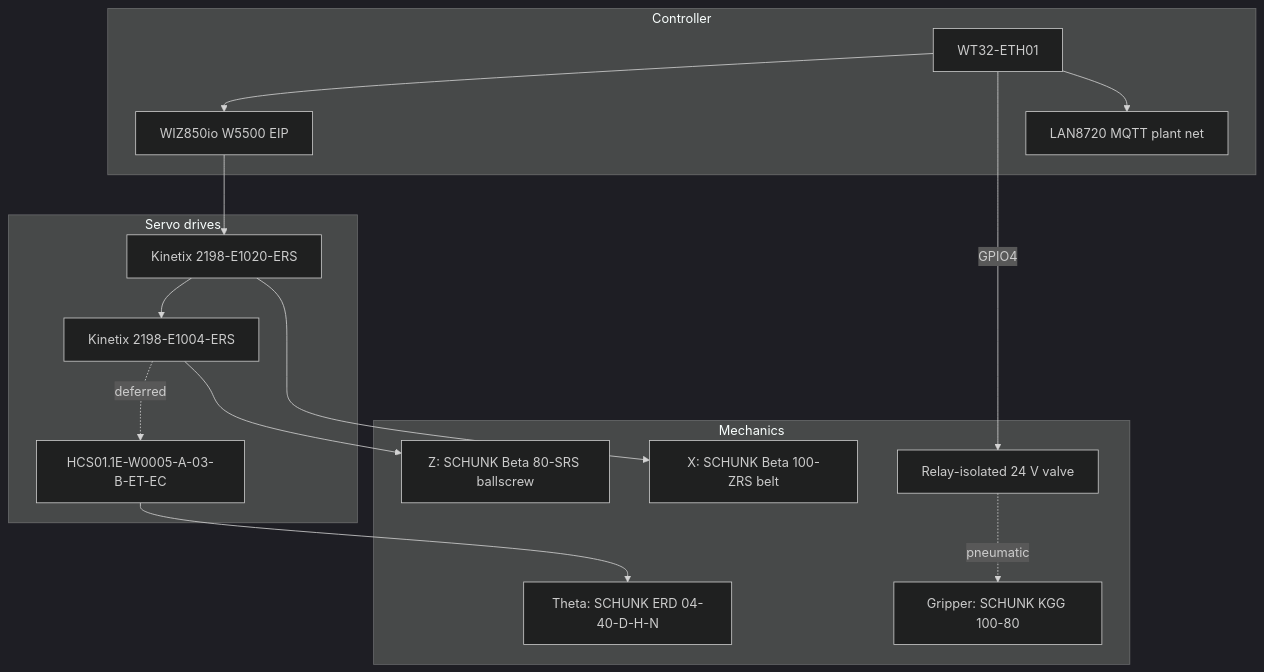
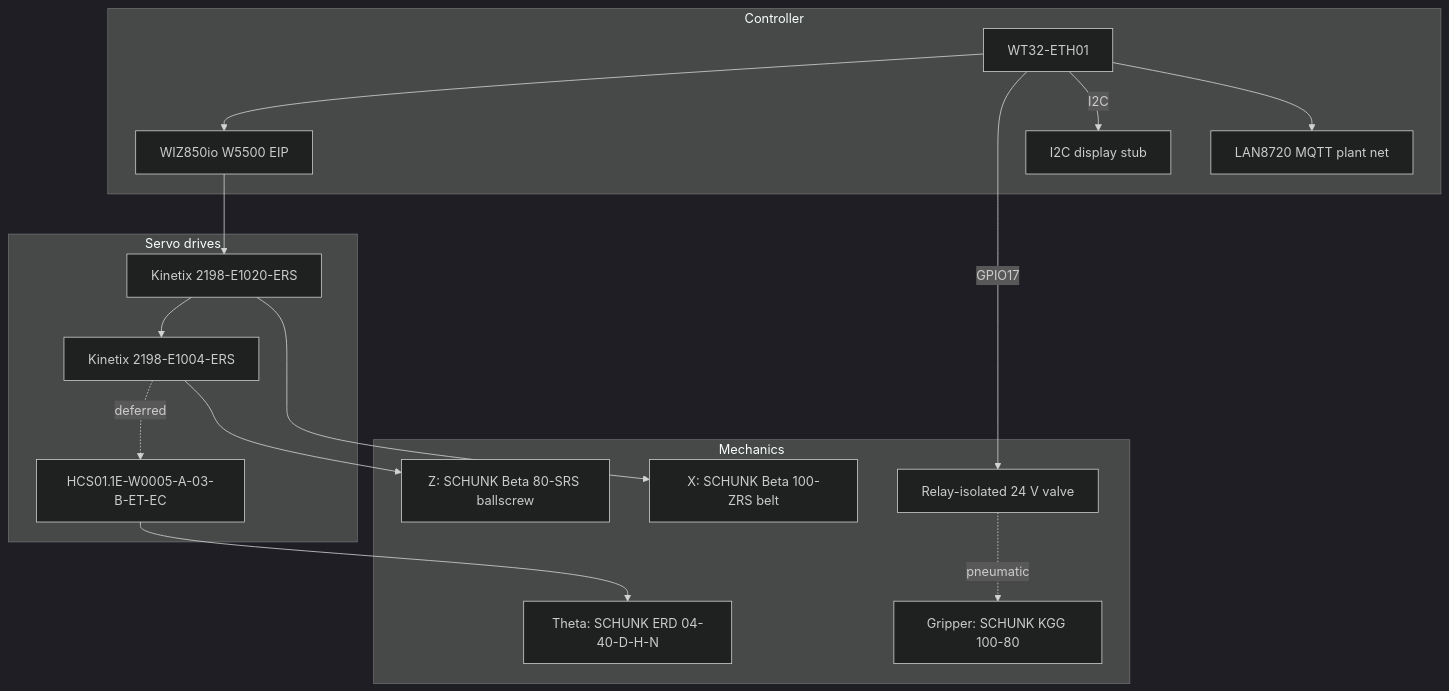
One commit to Mynderse-Research-Lab/wt32-eth01-FreeRTOS changed the diagram in docs/EXPECTED_ELECTROMECHANICAL_ASSEMBLY.md. Above: the diagram before and after it, drawn with Mermaid (dark theme). The commit also changed other lines of this file and 27 other files, not shown here.

````diff
--- a/docs/EXPECTED_ELECTROMECHANICAL_ASSEMBLY.md
+++ b/docs/EXPECTED_ELECTROMECHANICAL_ASSEMBLY.md
@@ -32,30 +32,32 @@
 ```mermaid
 flowchart TB
   subgraph mech [Mechanics]
     Xact["X: SCHUNK Beta 100-ZRS belt"]
     Zact["Z: SCHUNK Beta 80-SRS ballscrew"]
     Tact["Theta: SCHUNK ERD 04-40-D-H-N"]
     Grip["Gripper: SCHUNK KGG 100-80"]
     GripIO["Relay-isolated 24 V valve"]
   end
   subgraph drives [Servo drives]
     DX["Kinetix 2198-E1020-ERS"]
     DZ["Kinetix 2198-E1004-ERS"]
     DT["HCS01.1E-W0005-A-03-B-ET-EC"]
   end
   subgraph ctrl [Controller]
     WT32["WT32-ETH01"]
     W5500["WIZ850io W5500 EIP"]
     LAN["LAN8720 MQTT plant net"]
+    Disp["I2C display stub"]
   end
   WT32 --> W5500
   W5500 --> DX
   DX --> DZ
   DZ -. deferred .-> DT
   DX --> Xact
   DZ --> Zact
   DT --> Tact
-  WT32 -->|GPIO4| GripIO
+  WT32 -->|GPIO17| GripIO
+  WT32 -->|I2C| Disp
   GripIO -. pneumatic .-> Grip
   WT32 --> LAN
 ```
````
